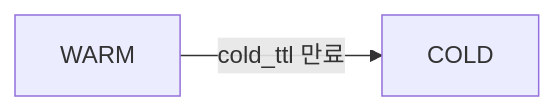
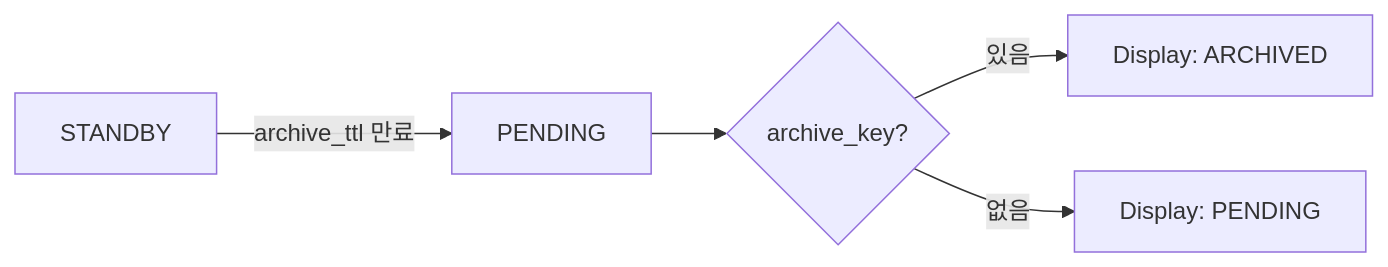
Before and after one commit to cagojeiger/code-hub: the fourth of 9 diagrams in docs/spec_v2/flows.md, drawn with Mermaid. The commit also changed other lines of this file and 11 other files, not shown here.

````diff
--- a/docs/spec_v2/flows.md
+++ b/docs/spec_v2/flows.md
@@ -103,4 +105,7 @@
 ```mermaid
 flowchart LR
-    W[WARM] -->|cold_ttl 만료| C[COLD]
+    S[STANDBY] -->|archive_ttl 만료| P[PENDING]
+    P --> D{archive_key?}
+    D -->|있음| A[Display: ARCHIVED]
+    D -->|없음| A2[Display: PENDING]
 ```
````
